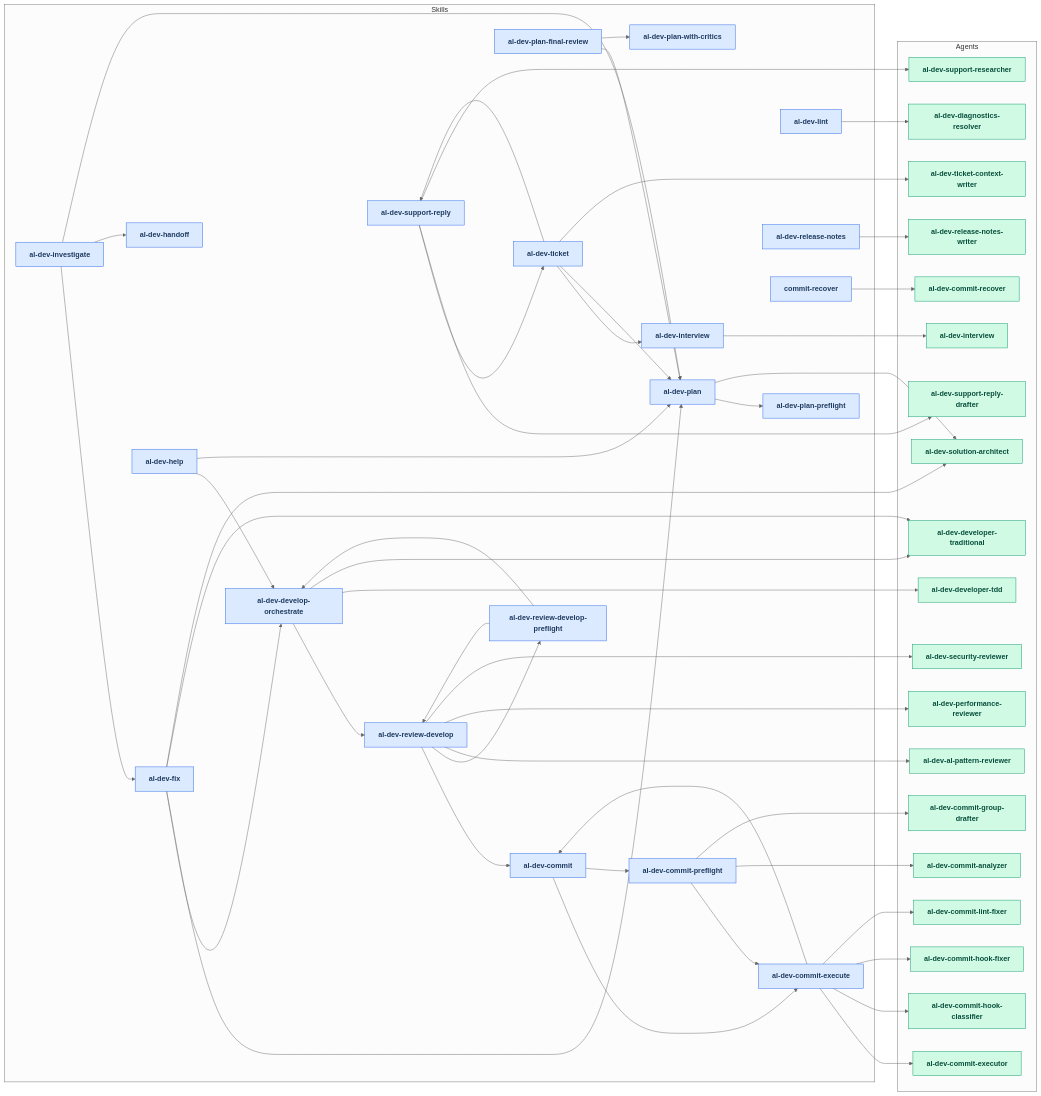
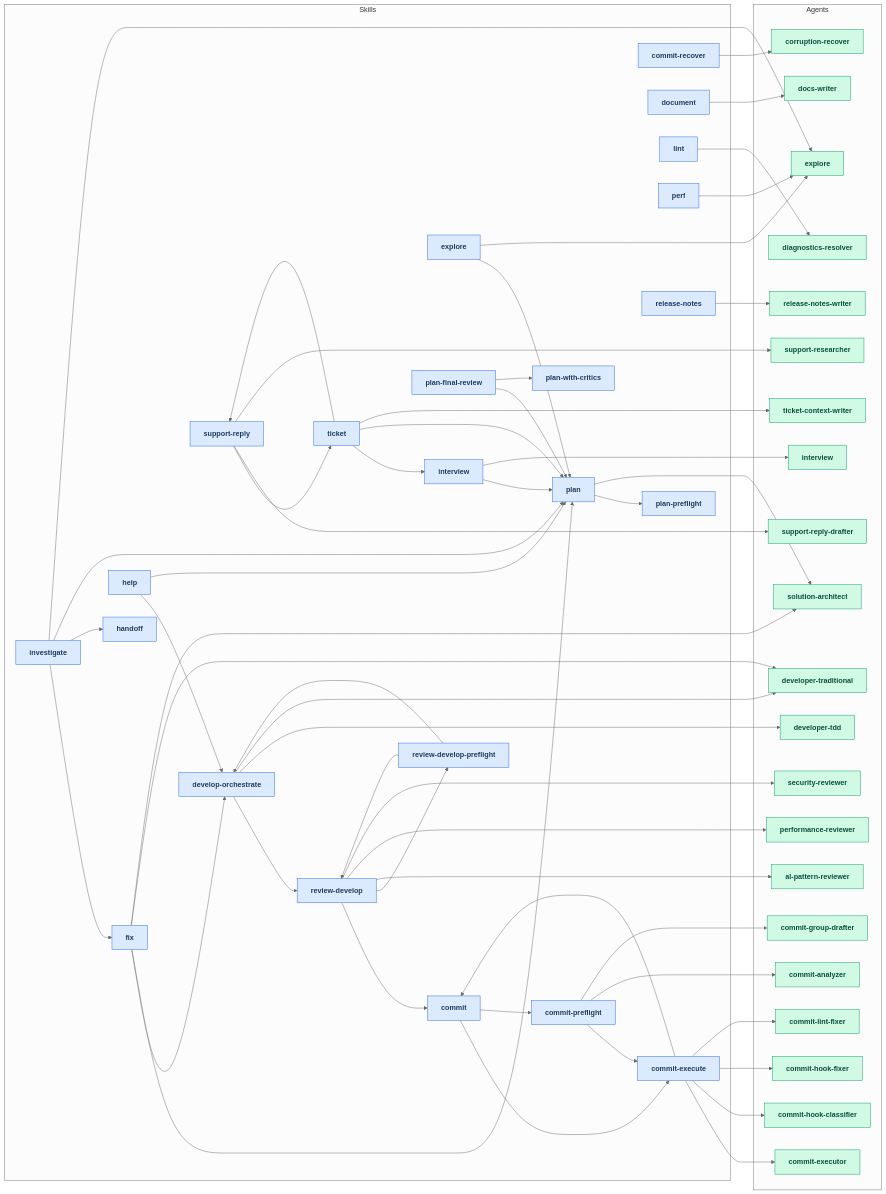
The first of 2 diagrams in docs/workflow_diagrams.md (russell-laing/al-dev-shared), drawn with Mermaid (neutral theme) before and after one commit. The commit also changed other lines of this file and 8 other files, not shown here.

````diff
--- a/docs/workflow_diagrams.md
+++ b/docs/workflow_diagrams.md
@@ -12,131 +12,147 @@
     classDef agentNode fill:#d1fae5,stroke:#059669,color:#064e3b,font-weight:bold
 
     subgraph Skills[Skills]
-        skill_al_dev_commit[al-dev-commit]
-        skill_al_dev_commit_execute[al-dev-commit-execute]
-        skill_al_dev_commit_preflight[al-dev-commit-preflight]
-        skill_al_dev_develop_orchestrate[al-dev-develop-orchestrate]
-        skill_al_dev_fix[al-dev-fix]
-        skill_al_dev_handoff[al-dev-handoff]
-        skill_al_dev_help[al-dev-help]
-        skill_al_dev_interview[al-dev-interview]
-        skill_al_dev_investigate[al-dev-investigate]
-        skill_al_dev_lint[al-dev-lint]
-        skill_al_dev_plan[al-dev-plan]
-        skill_al_dev_plan_final_review[al-dev-plan-final-review]
-        skill_al_dev_plan_preflight[al-dev-plan-preflight]
-        skill_al_dev_plan_with_critics[al-dev-plan-with-critics]
-        skill_al_dev_release_notes[al-dev-release-notes]
-        skill_al_dev_review_develop[al-dev-review-develop]
-        skill_al_dev_review_develop_preflight[al-dev-review-develop-preflight]
-        skill_al_dev_support_reply[al-dev-support-reply]
-        skill_al_dev_ticket[al-dev-ticket]
+        skill_commit[commit]
+        skill_commit_execute[commit-execute]
+        skill_commit_preflight[commit-preflight]
         skill_commit_recover[commit-recover]
+        skill_develop_orchestrate[develop-orchestrate]
+        skill_document[document]
+        skill_explore[explore]
+        skill_fix[fix]
+        skill_handoff[handoff]
+        skill_help[help]
+        skill_interview[interview]
+        skill_investigate[investigate]
+        skill_lint[lint]
+        skill_perf[perf]
+        skill_plan[plan]
+        skill_plan_final_review[plan-final-review]
+        skill_plan_preflight[plan-preflight]
+        skill_plan_with_critics[plan-with-critics]
+        skill_release_notes[release-notes]
+        skill_review_develop[review-develop]
+        skill_review_develop_preflight[review-develop-preflight]
+        skill_support_reply[support-reply]
+        skill_ticket[ticket]
     end
     subgraph Agents[Agents]
-        agent_al_dev_al_pattern_reviewer[al-dev-al-pattern-reviewer]
-        agent_al_dev_commit_analyzer[al-dev-commit-analyzer]
-        agent_al_dev_commit_executor[al-dev-commit-executor]
-        agent_al_dev_commit_group_drafter[al-dev-commit-group-drafter]
-        agent_al_dev_commit_hook_classifier[al-dev-commit-hook-classifier]
-        agent_al_dev_commit_hook_fixer[al-dev-commit-hook-fixer]
-        agent_al_dev_commit_lint_fixer[al-dev-commit-lint-fixer]
-        agent_al_dev_commit_recover[al-dev-commit-recover]
-        agent_al_dev_developer_tdd[al-dev-developer-tdd]
-        agent_al_dev_developer_traditional[al-dev-developer-traditional]
-        agent_al_dev_diagnostics_resolver[al-dev-diagnostics-resolver]
-        agent_al_dev_interview[al-dev-interview]
-        agent_al_dev_performance_reviewer[al-dev-performance-reviewer]
-        agent_al_dev_release_notes_writer[al-dev-release-notes-writer]
-        agent_al_dev_security_reviewer[al-dev-security-reviewer]
-        agent_al_dev_solution_architect[al-dev-solution-architect]
-        agent_al_dev_support_reply_drafter[al-dev-support-reply-drafter]
-        agent_al_dev_support_researcher[al-dev-support-researcher]
-        agent_al_dev_ticket_context_writer[al-dev-ticket-context-writer]
+        agent_al_pattern_reviewer[al-pattern-reviewer]
+        agent_commit_analyzer[commit-analyzer]
+        agent_commit_executor[commit-executor]
+        agent_commit_group_drafter[commit-group-drafter]
+        agent_commit_hook_classifier[commit-hook-classifier]
+        agent_commit_hook_fixer[commit-hook-fixer]
+        agent_commit_lint_fixer[commit-lint-fixer]
+        agent_corruption_recover[corruption-recover]
+        agent_developer_tdd[developer-tdd]
+        agent_developer_traditional[developer-traditional]
+        agent_diagnostics_resolver[diagnostics-resolver]
+        agent_docs_writer[docs-writer]
+        agent_explore[explore]
+        agent_interview[interview]
+        agent_performance_reviewer[performance-reviewer]
+        agent_release_notes_writer[release-notes-writer]
+        agent_security_reviewer[security-reviewer]
+        agent_solution_architect[solution-architect]
+        agent_support_reply_drafter[support-reply-drafter]
+        agent_support_researcher[support-researcher]
+        agent_ticket_context_writer[ticket-context-writer]
     end
 
-    skill_al_dev_commit --> skill_al_dev_commit_execute
-    skill_al_dev_commit --> skill_al_dev_commit_preflight
-    skill_al_dev_commit_execute --> skill_al_dev_commit
-    skill_al_dev_commit_preflight --> skill_al_dev_commit_execute
-    skill_al_dev_develop_orchestrate --> skill_al_dev_review_develop
-    skill_al_dev_fix --> skill_al_dev_develop_orchestrate
-    skill_al_dev_fix --> skill_al_dev_plan
-    skill_al_dev_help --> skill_al_dev_develop_orchestrate
-    skill_al_dev_help --> skill_al_dev_plan
-    skill_al_dev_investigate --> skill_al_dev_fix
-    skill_al_dev_investigate --> skill_al_dev_handoff
-    skill_al_dev_investigate --> skill_al_dev_plan
-    skill_al_dev_plan --> skill_al_dev_plan_preflight
-    skill_al_dev_plan_final_review --> skill_al_dev_plan
-    skill_al_dev_plan_final_review --> skill_al_dev_plan_with_critics
-    skill_al_dev_review_develop --> skill_al_dev_commit
-    skill_al_dev_review_develop --> skill_al_dev_review_develop_preflight
-    skill_al_dev_review_develop_preflight --> skill_al_dev_develop_orchestrate
-    skill_al_dev_review_develop_preflight --> skill_al_dev_review_develop
-    skill_al_dev_support_reply --> skill_al_dev_ticket
-    skill_al_dev_ticket --> skill_al_dev_interview
-    skill_al_dev_ticket --> skill_al_dev_plan
-    skill_al_dev_ticket --> skill_al_dev_support_reply
-    skill_al_dev_commit_execute --> agent_al_dev_commit_executor
-    skill_al_dev_commit_execute --> agent_al_dev_commit_hook_classifier
-    skill_al_dev_commit_execute --> agent_al_dev_commit_hook_fixer
-    skill_al_dev_commit_execute --> agent_al_dev_commit_lint_fixer
-    skill_al_dev_commit_preflight --> agent_al_dev_commit_analyzer
-    skill_al_dev_commit_preflight --> agent_al_dev_commit_group_drafter
-    skill_al_dev_develop_orchestrate --> agent_al_dev_developer_tdd
-    skill_al_dev_develop_orchestrate --> agent_al_dev_developer_traditional
-    skill_al_dev_fix --> agent_al_dev_developer_traditional
-    skill_al_dev_fix --> agent_al_dev_solution_architect
-    skill_al_dev_interview --> agent_al_dev_interview
-    skill_al_dev_lint --> agent_al_dev_diagnostics_resolver
-    skill_al_dev_plan --> agent_al_dev_solution_architect
-    skill_al_dev_release_notes --> agent_al_dev_release_notes_writer
-    skill_al_dev_review_develop --> agent_al_dev_al_pattern_reviewer
-    skill_al_dev_review_develop --> agent_al_dev_performance_reviewer
-    skill_al_dev_review_develop --> agent_al_dev_security_reviewer
-    skill_al_dev_support_reply --> agent_al_dev_support_reply_drafter
-    skill_al_dev_support_reply --> agent_al_dev_support_researcher
-    skill_al_dev_ticket --> agent_al_dev_ticket_context_writer
-    skill_commit_recover --> agent_al_dev_commit_recover
+    skill_commit --> skill_commit_execute
+    skill_commit --> skill_commit_preflight
+    skill_commit_execute --> skill_commit
+    skill_commit_preflight --> skill_commit_execute
+    skill_develop_orchestrate --> skill_review_develop
+    skill_explore --> skill_plan
+    skill_fix --> skill_develop_orchestrate
+    skill_fix --> skill_plan
+    skill_help --> skill_develop_orchestrate
+    skill_help --> skill_plan
+    skill_interview --> skill_plan
+    skill_investigate --> skill_fix
+    skill_investigate --> skill_handoff
+    skill_investigate --> skill_plan
+    skill_plan --> skill_plan_preflight
+    skill_plan_final_review --> skill_plan
+    skill_plan_final_review --> skill_plan_with_critics
+    skill_review_develop --> skill_commit
+    skill_review_develop --> skill_review_develop_preflight
+    skill_review_develop_preflight --> skill_develop_orchestrate
+    skill_review_develop_preflight --> skill_review_develop
+    skill_support_reply --> skill_ticket
+    skill_ticket --> skill_interview
+    skill_ticket --> skill_plan
+    skill_ticket --> skill_support_reply
+    skill_commit_execute --> agent_commit_executor
+    skill_commit_execute --> agent_commit_hook_classifier
+    skill_commit_execute --> agent_commit_hook_fixer
+    skill_commit_execute --> agent_commit_lint_fixer
+    skill_commit_preflight --> agent_commit_analyzer
+    skill_commit_preflight --> agent_commit_group_drafter
+    skill_commit_recover --> agent_corruption_recover
+    skill_develop_orchestrate --> agent_developer_tdd
+    skill_develop_orchestrate --> agent_developer_traditional
+    skill_document --> agent_docs_writer
+    skill_explore --> agent_explore
+    skill_fix --> agent_developer_traditional
+    skill_fix --> agent_solution_architect
+    skill_interview --> agent_interview
+    skill_investigate --> agent_explore
+    skill_lint --> agent_diagnostics_resolver
+    skill_perf --> agent_explore
+    skill_plan --> agent_solution_architect
+    skill_release_notes --> agent_release_notes_writer
+    skill_review_develop --> agent_al_pattern_reviewer
+    skill_review_develop --> agent_performance_reviewer
+    skill_review_develop --> agent_security_reviewer
+    skill_support_reply --> agent_support_reply_drafter
+    skill_support_reply --> agent_support_researcher
+    skill_ticket --> agent_ticket_context_writer
 
-    class skill_al_dev_commit skillNode
-    class skill_al_dev_commit_execute skillNode
-    class skill_al_dev_commit_preflight skillNode
-    class skill_al_dev_develop_orchestrate skillNode
-    class skill_al_dev_fix skillNode
-    class skill_al_dev_handoff skillNode
-    class skill_al_dev_help skillNode
-    class skill_al_dev_interview skillNode
-    class skill_al_dev_investigate skillNode
-    class skill_al_dev_lint skillNode
-    class skill_al_dev_plan skillNode
-    class skill_al_dev_plan_final_review skillNode
-    class skill_al_dev_plan_preflight skillNode
-    class skill_al_dev_plan_with_critics skillNode
-    class skill_al_dev_release_notes skillNode
-    class skill_al_dev_review_develop skillNode
-    class skill_al_dev_review_develop_preflight skillNode
-    class skill_al_dev_support_reply skillNode
-    class skill_al_dev_ticket skillNode
+    class skill_commit skillNode
+    class skill_commit_execute skillNode
+    class skill_commit_preflight skillNode
     class skill_commit_recover skillNode
-    class agent_al_dev_al_pattern_reviewer agentNode
-    class agent_al_dev_commit_analyzer agentNode
-    class agent_al_dev_commit_executor agentNode
-    class agent_al_dev_commit_group_drafter agentNode
-    class agent_al_dev_commit_hook_classifier agentNode
-    class agent_al_dev_commit_hook_fixer agentNode
-    class agent_al_dev_commit_lint_fixer agentNode
-    class agent_al_dev_commit_recover agentNode
-    class agent_al_dev_developer_tdd agentNode
-    class agent_al_dev_developer_traditional agentNode
-    class agent_al_dev_diagnostics_resolver agentNode
-    class agent_al_dev_interview agentNode
-    class agent_al_dev_performance_reviewer agentNode
-    class agent_al_dev_release_notes_writer agentNode
-    class agent_al_dev_security_reviewer agentNode
-    class agent_al_dev_solution_architect agentNode
-    class agent_al_dev_support_reply_drafter agentNode
-    class agent_al_dev_support_researcher agentNode
-    class agent_al_dev_ticket_context_writer agentNode
+    class skill_develop_orchestrate skillNode
+    class skill_document skillNode
+    class skill_explore skillNode
+    class skill_fix skillNode
+    class skill_handoff skillNode
+    class skill_help skillNode
+    class skill_interview skillNode
+    class skill_investigate skillNode
+    class skill_lint skillNode
+    class skill_perf skillNode
+    class skill_plan skillNode
+    class skill_plan_final_review skillNode
+    class skill_plan_preflight skillNode
+    class skill_plan_with_critics skillNode
+    class skill_release_notes skillNode
+    class skill_review_develop skillNode
+    class skill_review_develop_preflight skillNode
+    class skill_support_reply skillNode
+    class skill_ticket skillNode
+    class agent_al_pattern_reviewer agentNode
+    class agent_commit_analyzer agentNode
+    class agent_commit_executor agentNode
+    class agent_commit_group_drafter agentNode
+    class agent_commit_hook_classifier agentNode
+    class agent_commit_hook_fixer agentNode
+    class agent_commit_lint_fixer agentNode
+    class agent_corruption_recover agentNode
+    class agent_developer_tdd agentNode
+    class agent_developer_traditional agentNode
+    class agent_diagnostics_resolver agentNode
+    class agent_docs_writer agentNode
+    class agent_explore agentNode
+    class agent_interview agentNode
+    class agent_performance_reviewer agentNode
+    class agent_release_notes_writer agentNode
+    class agent_security_reviewer agentNode
+    class agent_solution_architect agentNode
+    class agent_support_reply_drafter agentNode
+    class agent_support_researcher agentNode
+    class agent_ticket_context_writer agentNode
 ```
````
